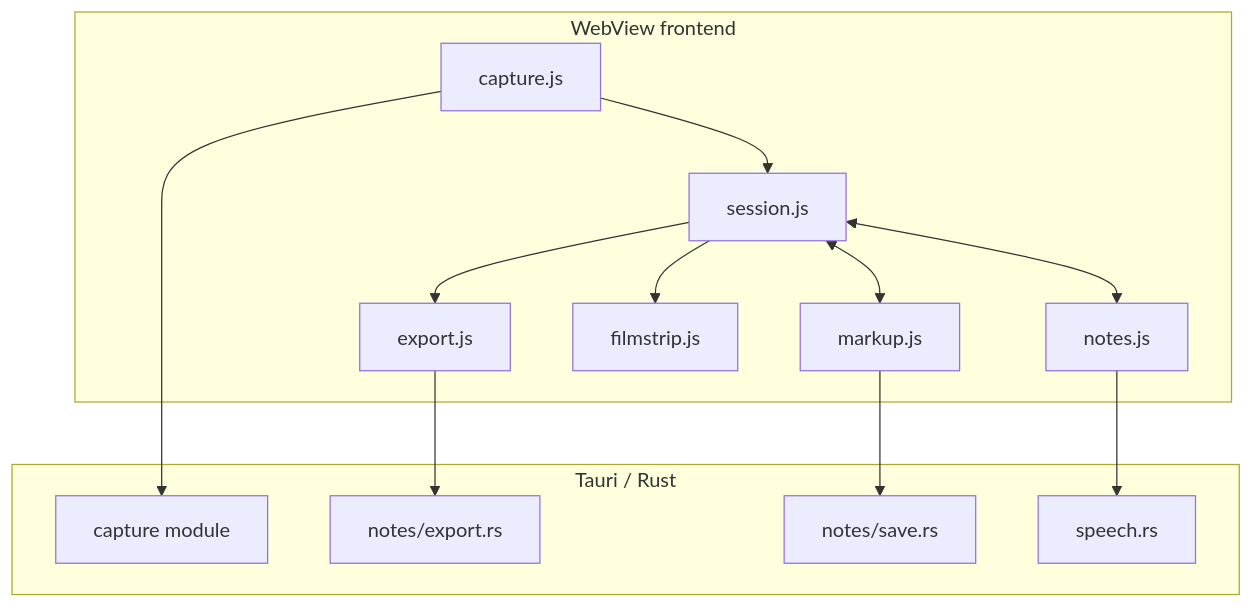
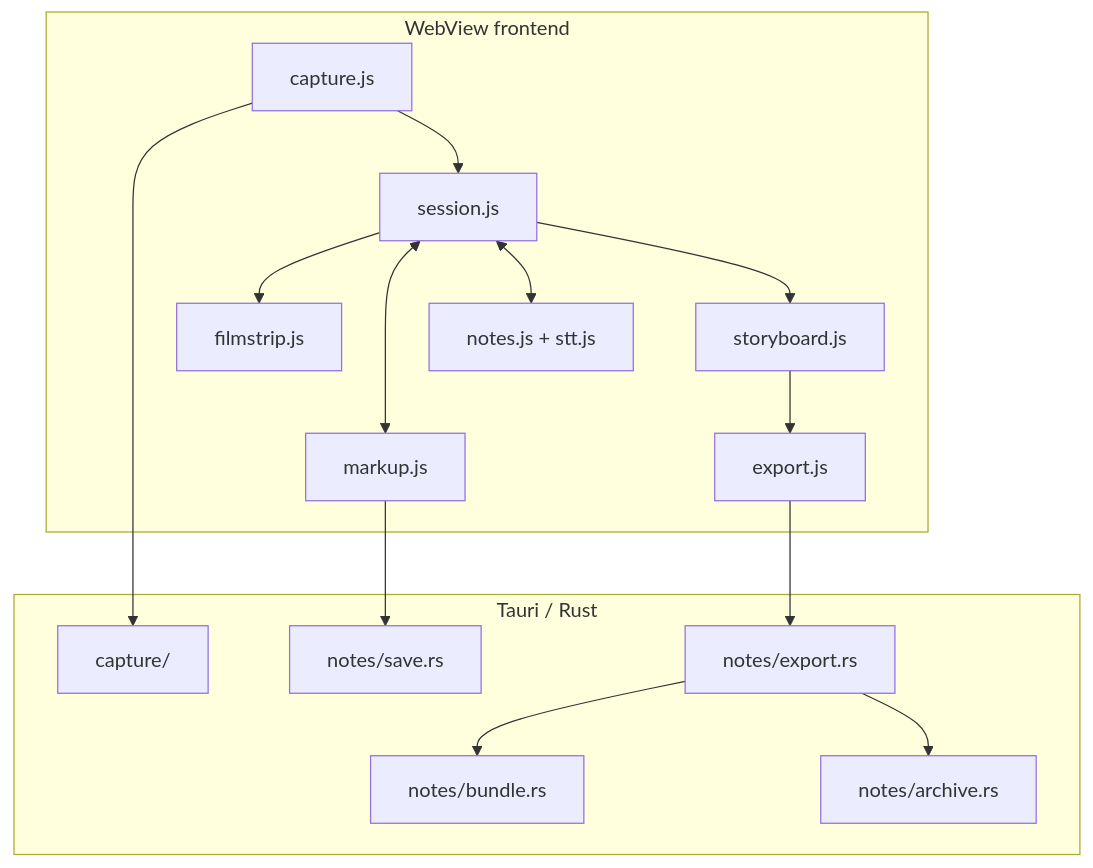
The second of 2 diagrams in README.md (MythologIQ-Labs-LLC/CritIQ), drawn with Mermaid before and after one commit. The commit also changed other lines of this file, not shown here.

Commit message:
Align README with implemented storyboard architecture

````diff
--- a/README.md
+++ b/README.md
@@ -89,28 +76,32 @@
 ```mermaid
 flowchart TB
     subgraph Frontend[WebView frontend]
         CAP[capture.js]
         SES[session.js]
         MARK[markup.js]
-        NOTES[notes.js]
+        NOTES[notes.js + stt.js]
         FILM[filmstrip.js]
+        SHAPE[storyboard.js]
         EXP[export.js]
     end
 
     subgraph Backend[Tauri / Rust]
-        RCAP[capture module]
+        RCAP[capture/]
         REXP[notes/export.rs]
+        BUNDLE[notes/bundle.rs]
+        ARCHIVE[notes/archive.rs]
         SAVE[notes/save.rs]
-        STT[speech.rs]
     end
 
     CAP --> RCAP
     CAP --> SES
     SES --> FILM
     SES <--> MARK
     SES <--> NOTES
-    SES --> EXP
+    SES --> SHAPE
+    SHAPE --> EXP
     EXP --> REXP
+    REXP --> BUNDLE
+    REXP --> ARCHIVE
     MARK --> SAVE
-    NOTES --> STT
 ```
````
